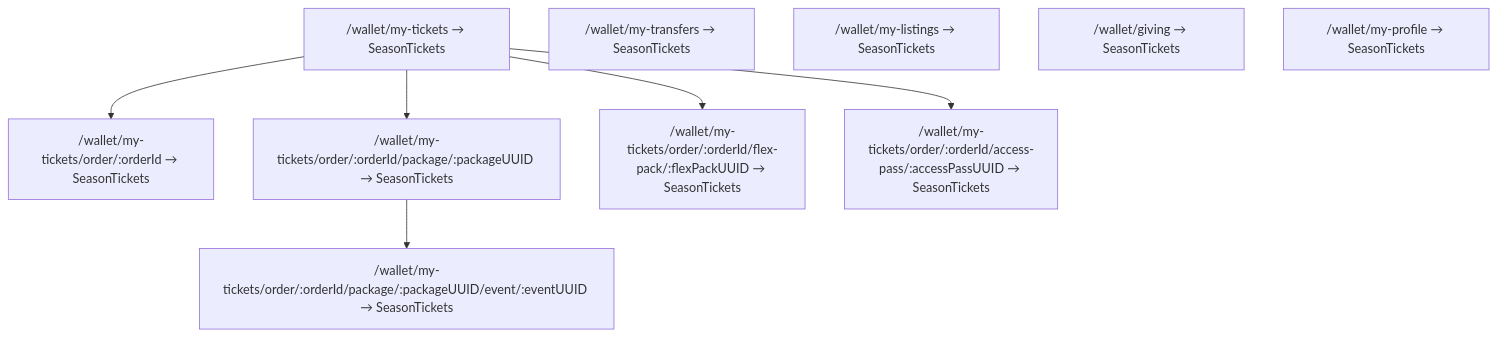
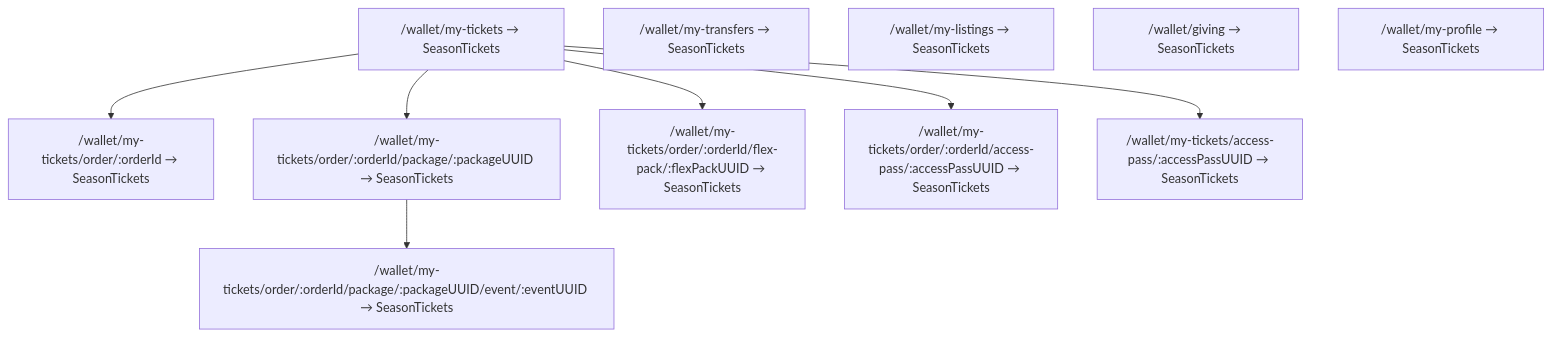
Before and after one commit to CRE8Interactions/frontend-buyer-app: the diagram in docs/wallet-routes.mmd, drawn with Mermaid. The commit also changed 5 other files, not shown here.

```diff
--- a/docs/wallet-routes.mmd
+++ b/docs/wallet-routes.mmd
@@ -1,15 +1,16 @@
 %% Wallet routes: each node is path then the component that renders.
 %% Section and detail URLs share WalletLayout (MyTicketsAuthGuard + SeasonTickets).
 %% Their page.tsx files return null and only own the URL.
 
 flowchart TD
   myTickets["/wallet/my-tickets → SeasonTickets"]
   transfers["/wallet/my-transfers → SeasonTickets"]
   listings["/wallet/my-listings → SeasonTickets"]
   giving["/wallet/giving → SeasonTickets"]
   profile["/wallet/my-profile → SeasonTickets"]
   myTickets --> orderEvent["/wallet/my-tickets/order/:orderId → SeasonTickets"]
   myTickets --> pkg["/wallet/my-tickets/order/:orderId/package/:packageUUID → SeasonTickets"]
   pkg --> pkgEvent["/wallet/my-tickets/order/:orderId/package/:packageUUID/event/:eventUUID → SeasonTickets"]
   myTickets --> flex["/wallet/my-tickets/order/:orderId/flex-pack/:flexPackUUID → SeasonTickets"]
   myTickets --> pass["/wallet/my-tickets/order/:orderId/access-pass/:accessPassUUID → SeasonTickets"]
+  myTickets --> passOnly["/wallet/my-tickets/access-pass/:accessPassUUID → SeasonTickets"]
```
